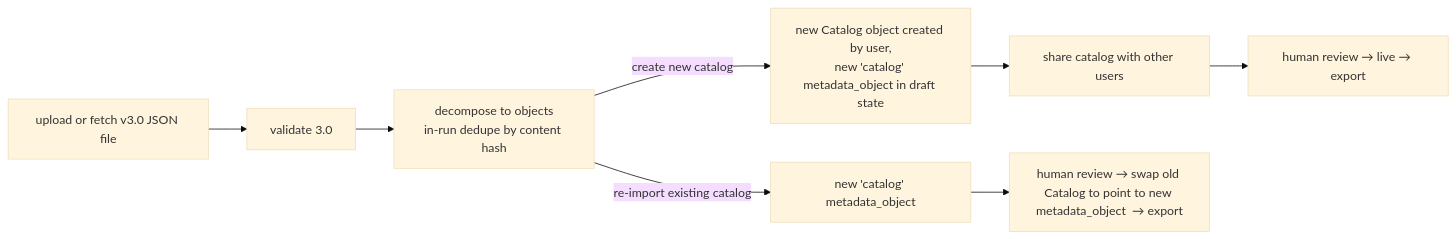
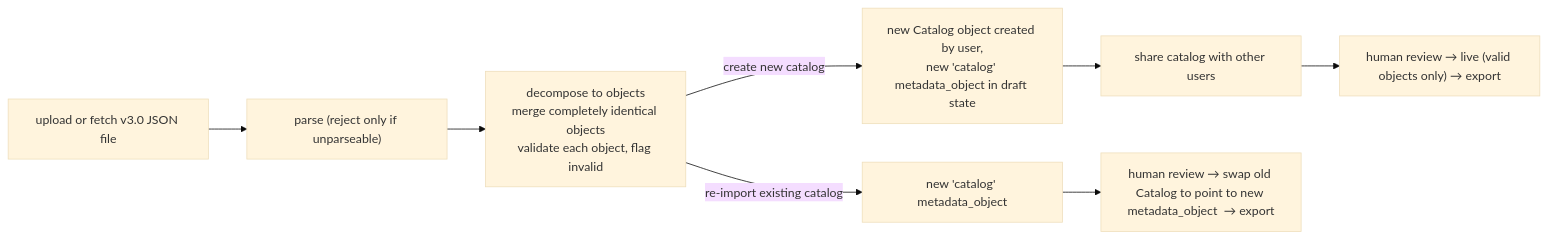
The seventh of 8 diagrams in docs/architecture.md (GSA/datagov-inventory), drawn with Mermaid (base theme) before and after one commit. The commit also changed other lines of this file and 3 other files, not shown here.

````diff
--- a/docs/architecture.md
+++ b/docs/architecture.md
@@ -512,10 +512,10 @@
 ```mermaid
 flowchart LR
-    A["upload or fetch v3.0 JSON file"] --> B["validate 3.0"]
-    B --> C["decompose to objects<br/>in-run dedupe by content hash"]
+    A["upload or fetch v3.0 JSON file"] --> B["parse (reject only if unparseable)"]
+    B --> C["decompose to objects<br/>merge completely identical objects<br/>validate each object, flag invalid"]
     C -->|"create new catalog"| D["new Catalog object created by user,<br/>new 'catalog' metadata_object in draft state"]
     D --> F["share catalog with other users"]
-    F --> H["human review → live → export"]
+    F --> H["human review → live (valid objects only) → export"]
     C -->|"re-import existing catalog"| E["new 'catalog' metadata_object"]
     E --> G["human review → swap old Catalog to point to new metadata_object  → export"]
 ```
````
